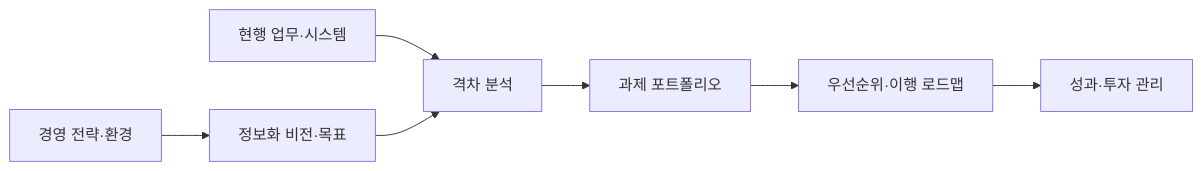
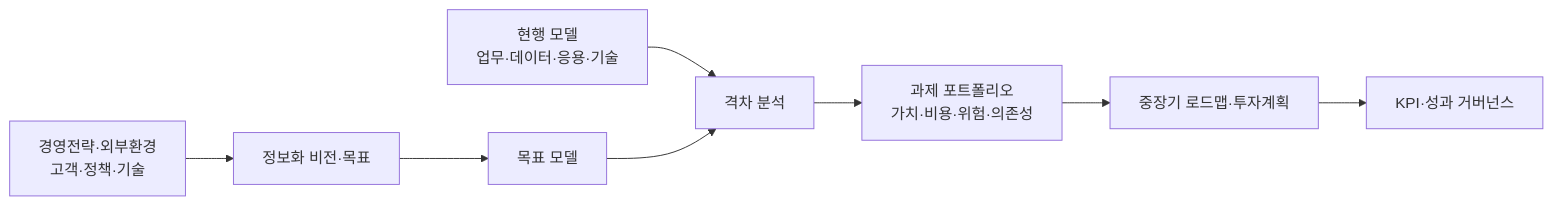
Before and after one commit to agnusdei1207/knowledge-base: the first of 2 diagrams in src/content/docs/notes/03-software/188_isp.md, drawn with Mermaid. The commit also changed other lines of this file and 12 other files, not shown here.

````diff
--- a/src/content/docs/notes/03-software/188_isp.md
+++ b/src/content/docs/notes/03-software/188_isp.md
@@ -49,9 +55,10 @@
 ```mermaid
 flowchart LR
-    B[경영 전략·환경] --> V[정보화 비전·목표]
-    C[현행 업무·시스템] --> G[격차 분석]
-    V --> G
-    G --> P[과제 포트폴리오]
-    P --> R[우선순위·이행 로드맵]
-    R --> M[성과·투자 관리]
+    B["경영전략·외부환경<br/>고객·정책·기술"] --> V["정보화 비전·목표"]
+    C["현행 모델<br/>업무·데이터·응용·기술"] --> G["격차 분석"]
+    V --> T["목표 모델"]
+    T --> G
+    G --> P["과제 포트폴리오<br/>가치·비용·위험·의존성"]
+    P --> R["중장기 로드맵·투자계획"]
+    R --> K["KPI·성과 거버넌스"]
 ```
````
